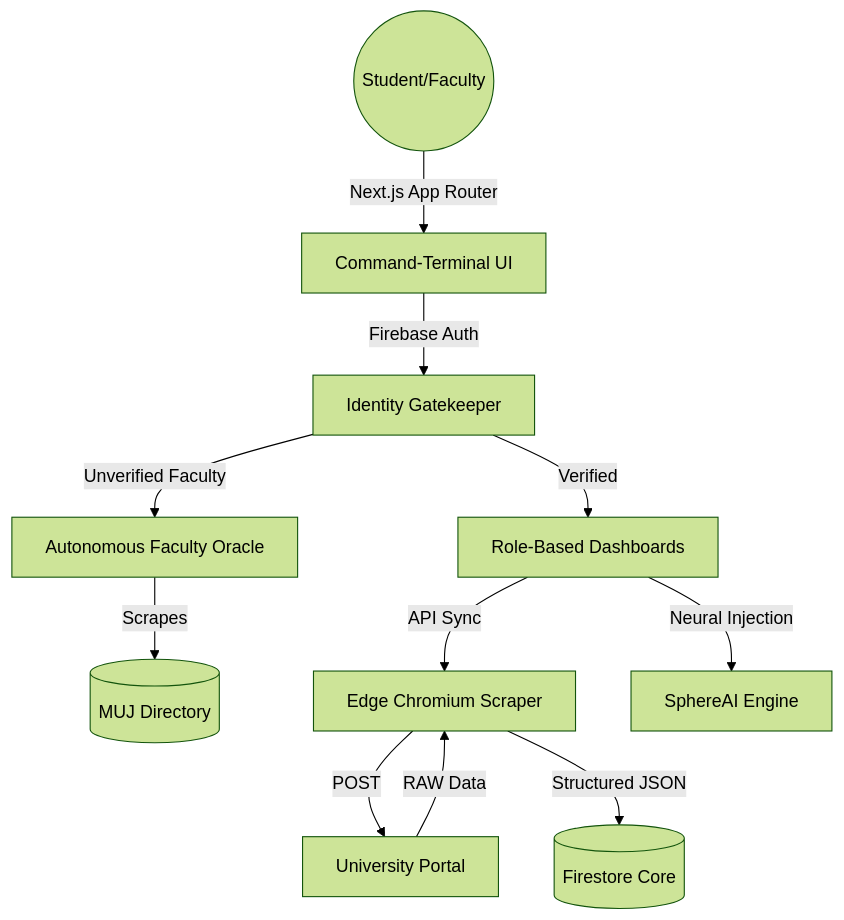
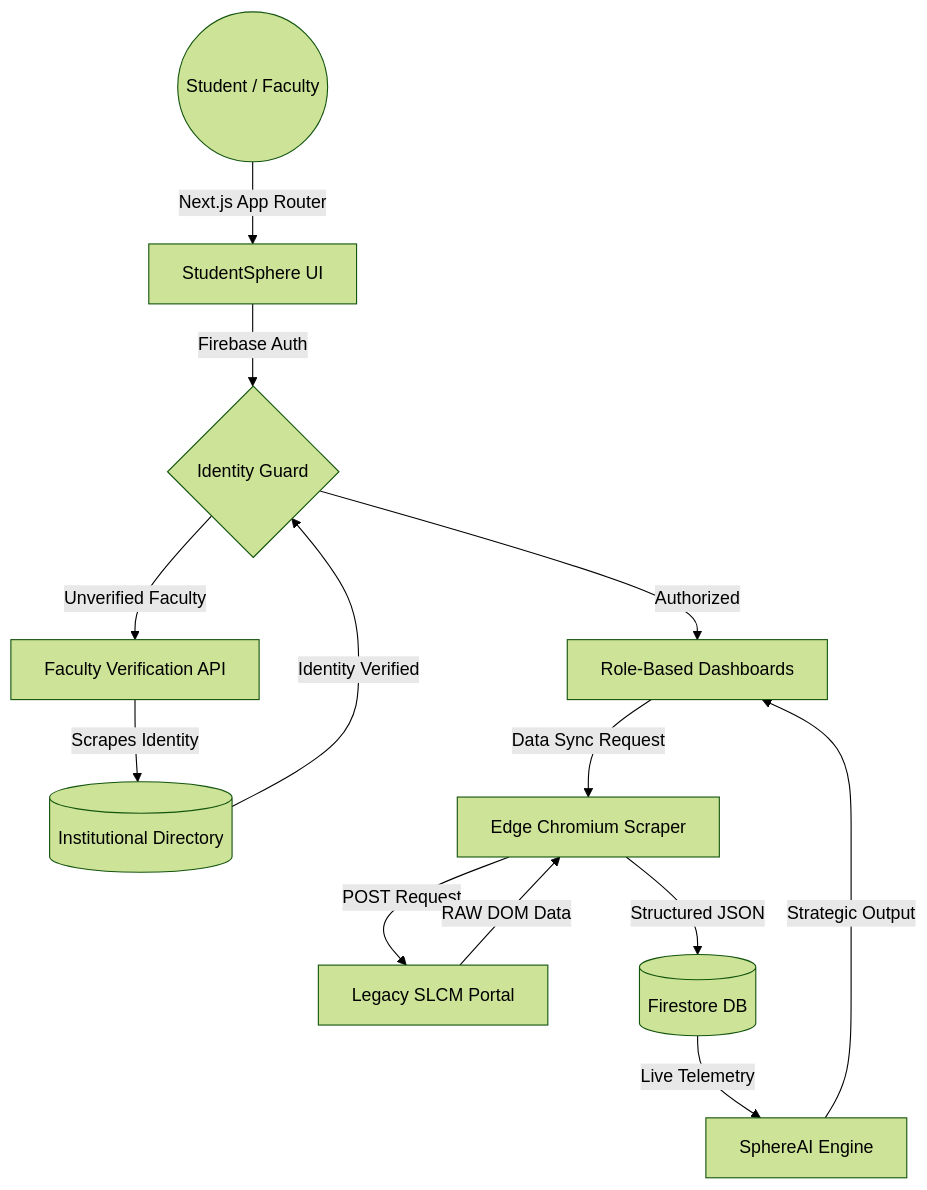
One commit to shreybansal365/studentsphere changed the diagram in README.md. Above: the diagram before and after it, drawn with Mermaid (forest theme). The commit also changed other lines of this file, not shown here.

````diff
--- a/README.md
+++ b/README.md
@@ -69,13 +70,18 @@
 ```mermaid
 graph TD
-    User((Student/Faculty)) -->|Next.js App Router| Terminal[Command-Terminal UI]
-    Terminal -->|Firebase Auth| Gatekeeper[Identity Gatekeeper]
-    Gatekeeper -->|Unverified Faculty| Oracle[Autonomous Faculty Oracle]
-    Oracle -->|Scrapes| Directory[(MUJ Directory)]
-    Gatekeeper -->|Verified| Dashboard[Role-Based Dashboards]
-    Dashboard -->|API Sync| Scraper[Edge Chromium Scraper]
-    Scraper -->|POST| SLCM[University Portal]
-    SLCM -->|RAW Data| Scraper
-    Scraper -->|Structured JSON| Firestore[(Firestore Core)]
-    Dashboard -->|Neural Injection| AI[SphereAI Engine]
+    User((Student / Faculty)) -->|Next.js App Router| Platform[StudentSphere UI]
+
+    Platform -->|Firebase Auth| Gatekeeper{Identity Guard}
+    Gatekeeper -->|Unverified Faculty| Oracle[Faculty Verification API]
+    Oracle -->|Scrapes Identity| Directory[(Institutional Directory)]
+    Directory -->|Identity Verified| Gatekeeper
+
+    Gatekeeper -->|Authorized| Dashboards[Role-Based Dashboards]
+    Dashboards -->|Data Sync Request| Scraper[Edge Chromium Scraper]
+    Scraper -->|POST Request| SLCM[Legacy SLCM Portal]
+    SLCM -->|RAW DOM Data| Scraper
+    Scraper -->|Structured JSON| Firestore[(Firestore DB)]
+    
+    Firestore -->|Live Telemetry| AI[SphereAI Engine]
+    AI -->|Strategic Output| Dashboards
 ```
````
